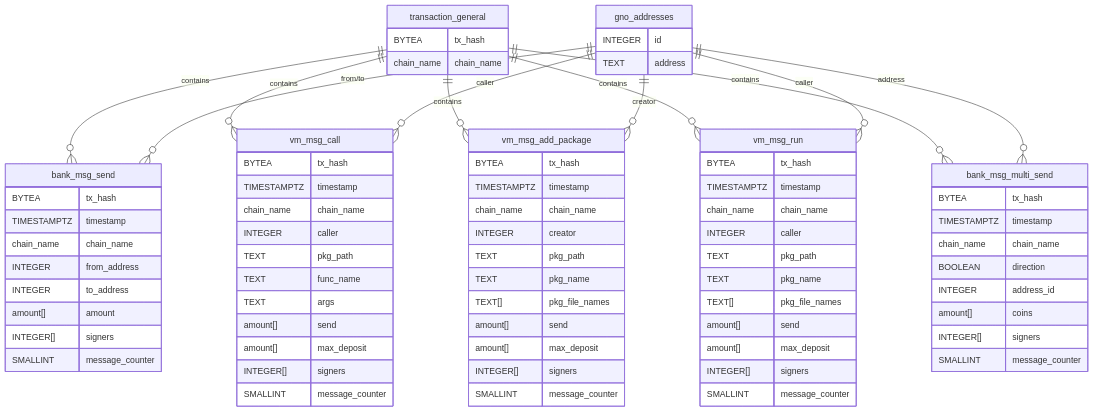
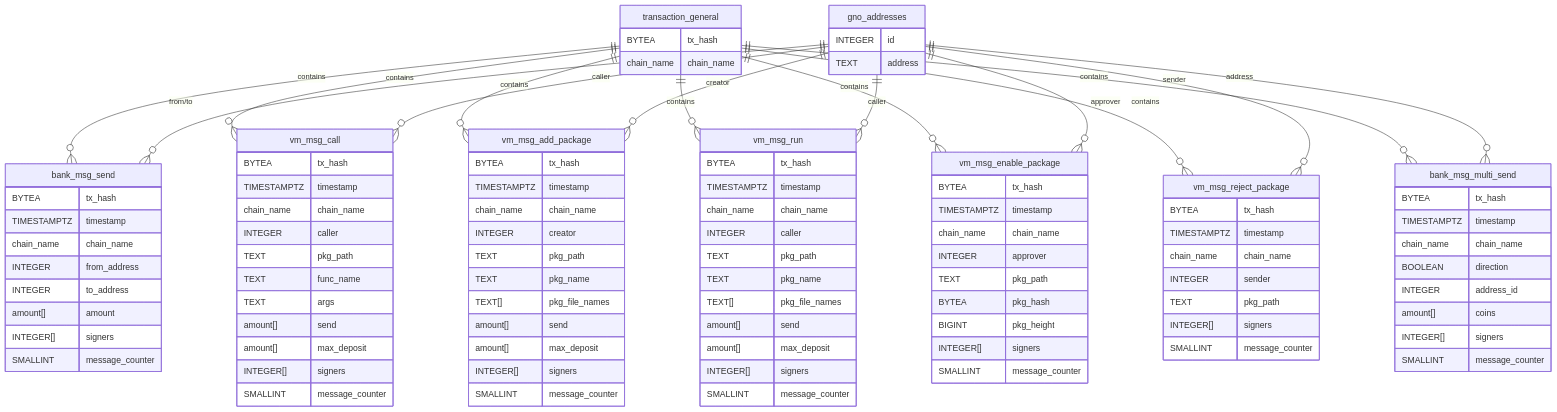
Before and after one commit to Cogwheel-Validator/spectra-gnoland-indexer: the third of 6 diagrams in docs/data-model.md, drawn with Mermaid.

Commit message:
docs: add vm package enable and reject messages

````diff
--- a/docs/data-model.md
+++ b/docs/data-model.md
@@ -176,6 +176,26 @@
       INTEGER[] signers
       SMALLINT message_counter
     }
+    vm_msg_enable_package {
+      BYTEA tx_hash
+      TIMESTAMPTZ timestamp
+      chain_name chain_name
+      INTEGER approver
+      TEXT pkg_path
+      BYTEA pkg_hash
+      BIGINT pkg_height
+      INTEGER[] signers
+      SMALLINT message_counter
+    }
+    vm_msg_reject_package {
+      BYTEA tx_hash
+      TIMESTAMPTZ timestamp
+      chain_name chain_name
+      INTEGER sender
+      TEXT pkg_path
+      INTEGER[] signers
+      SMALLINT message_counter
+    }
     bank_msg_multi_send {
       BYTEA tx_hash
       TIMESTAMPTZ timestamp
@@ -190,10 +210,14 @@
     transaction_general ||--o{ vm_msg_call : "contains"
     transaction_general ||--o{ vm_msg_add_package : "contains"
     transaction_general ||--o{ vm_msg_run : "contains"
+    transaction_general ||--o{ vm_msg_enable_package : "contains"
+    transaction_general ||--o{ vm_msg_reject_package : "contains"
     transaction_general ||--o{ bank_msg_multi_send : "contains"
     gno_addresses ||--o{ bank_msg_send : "from/to"
     gno_addresses ||--o{ vm_msg_call : "caller"
     gno_addresses ||--o{ vm_msg_add_package : "creator"
     gno_addresses ||--o{ vm_msg_run : "caller"
+    gno_addresses ||--o{ vm_msg_enable_package : "approver"
+    gno_addresses ||--o{ vm_msg_reject_package : "sender"
     gno_addresses ||--o{ bank_msg_multi_send : "address"
 ```
````
